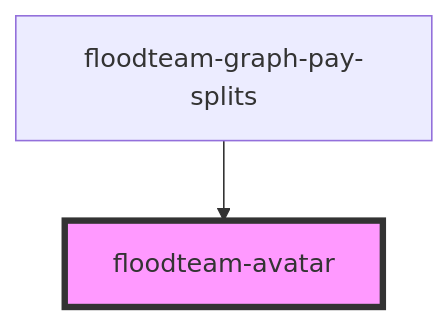
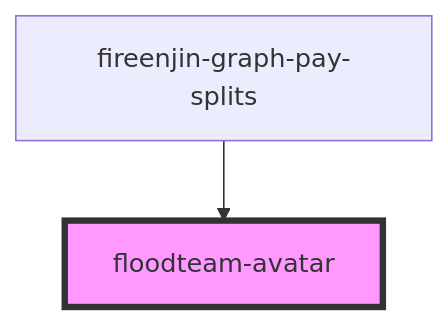
Before and after one commit to FloodTeam/components: the diagram in src/components/avatar/readme.md, drawn with Mermaid. The commit also changed other lines of this file and 5 other files, not shown here.

````diff
--- a/src/components/avatar/readme.md
+++ b/src/components/avatar/readme.md
@@ -24,5 +24,5 @@
 ```mermaid
 graph TD;
-  floodteam-graph-pay-splits --> floodteam-avatar
+  fireenjin-graph-pay-splits --> floodteam-avatar
   style floodteam-avatar fill:#f9f,stroke:#333,stroke-width:4px
 ```
````
